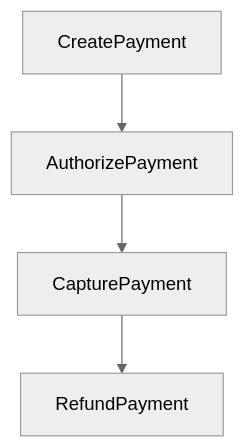
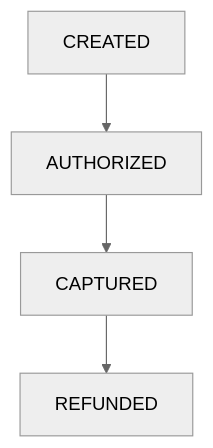
One commit to tiago-marques/x-openapi-flow changed the diagram in README.md. Above: the diagram before and after it, drawn with Mermaid (neutral theme). The commit also changed other lines of this file, not shown here.

````diff
--- a/README.md
+++ b/README.md
@@ -281,6 +54,6 @@
 ```mermaid
 graph TD
-CreatePayment --> AuthorizePayment
-AuthorizePayment --> CapturePayment
-CapturePayment --> RefundPayment
+CREATED --> AUTHORIZED
+AUTHORIZED --> CAPTURED
+CAPTURED --> REFUNDED
 ```
````
